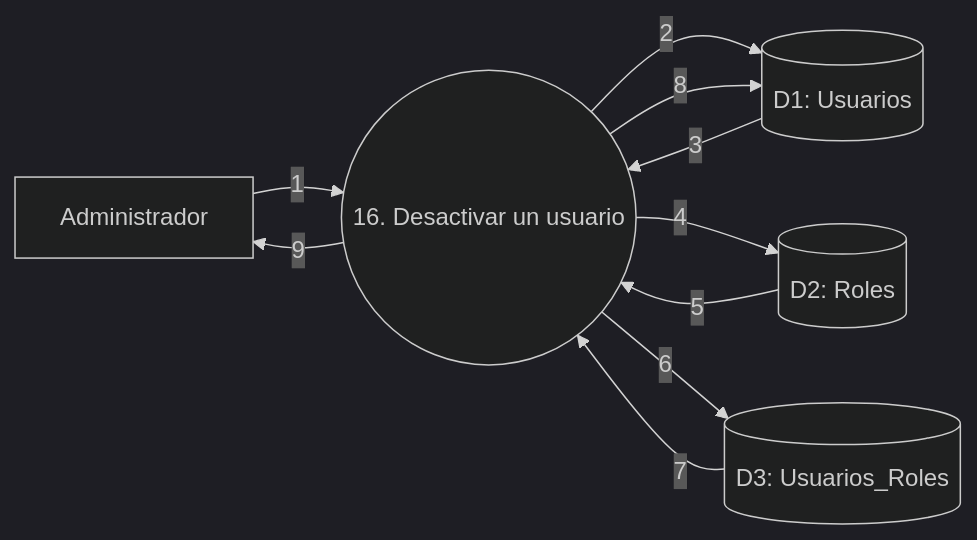
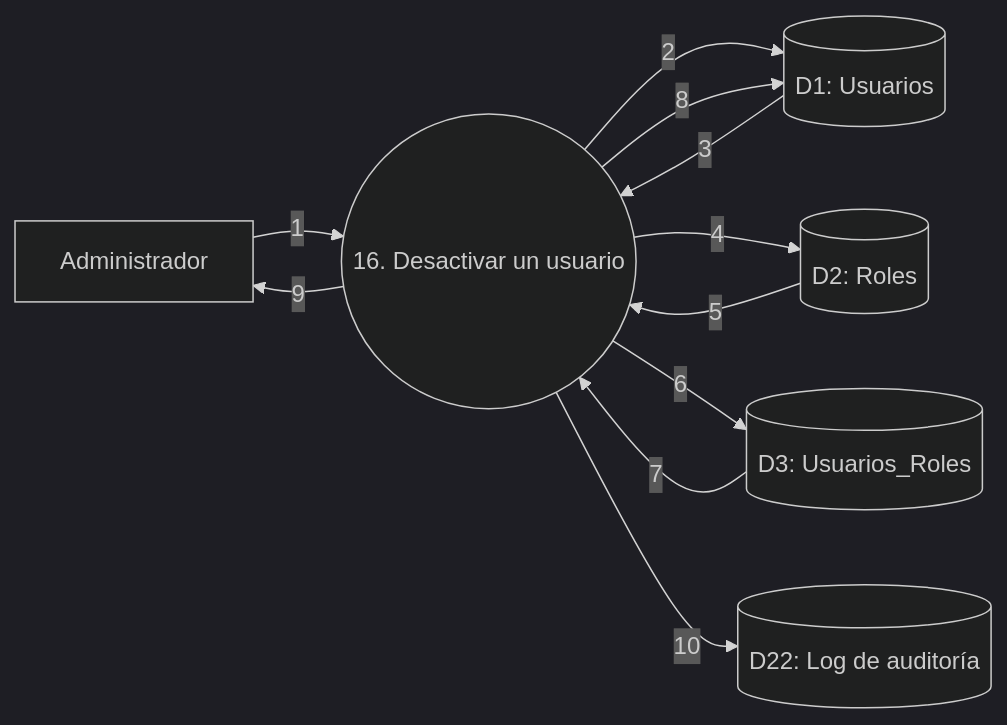
One commit to fasempertegui/Matchpoint-Taller changed diagram 16 of 41 in docs/DFD.md. Above: the diagram before and after it, drawn with Mermaid (dark theme). The commit also changed other lines of this file and 48 other files, not shown here.

````diff
--- a/docs/DFD.md
+++ b/docs/DFD.md
@@ -467,18 +493,20 @@
 ```mermaid
 flowchart LR
     A[Administrador]
     P((16. Desactivar un usuario))
     D1[(D1: Usuarios)]
     D2[(D2: Roles)]
     D3[(D3: Usuarios_Roles)]
+    D22[(D22: Log de auditoría)]
 
     A -->|1| P
     P -->|2| D1
     D1 -->|3| P
     P -->|4| D2
     D2 -->|5| P
     P -->|6| D3
     D3 -->|7| P
     P -->|8| D1
     P -->|9| A
+    P -->|10| D22
 ```
````
